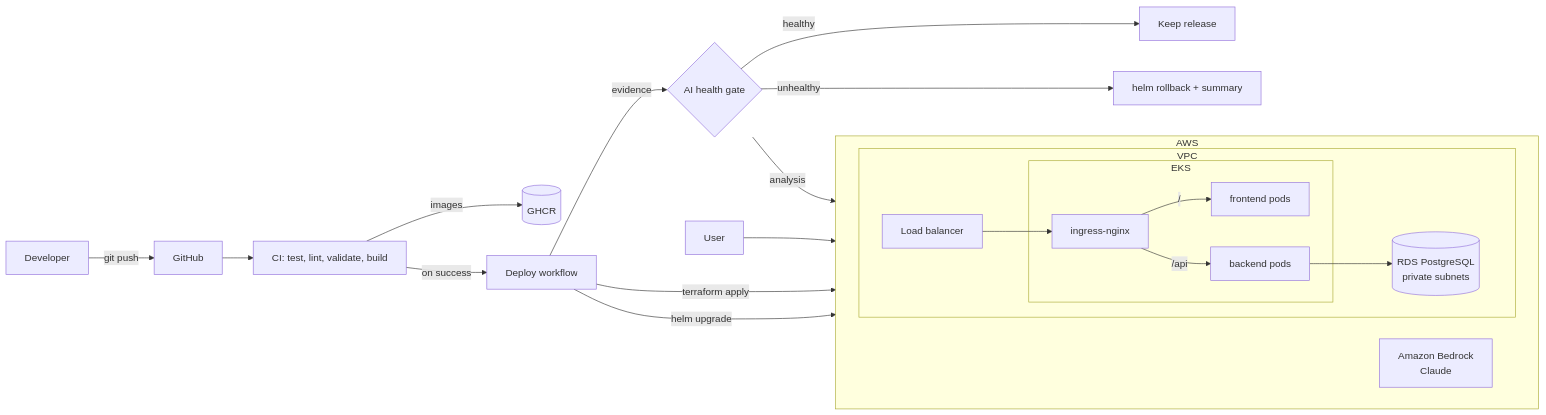
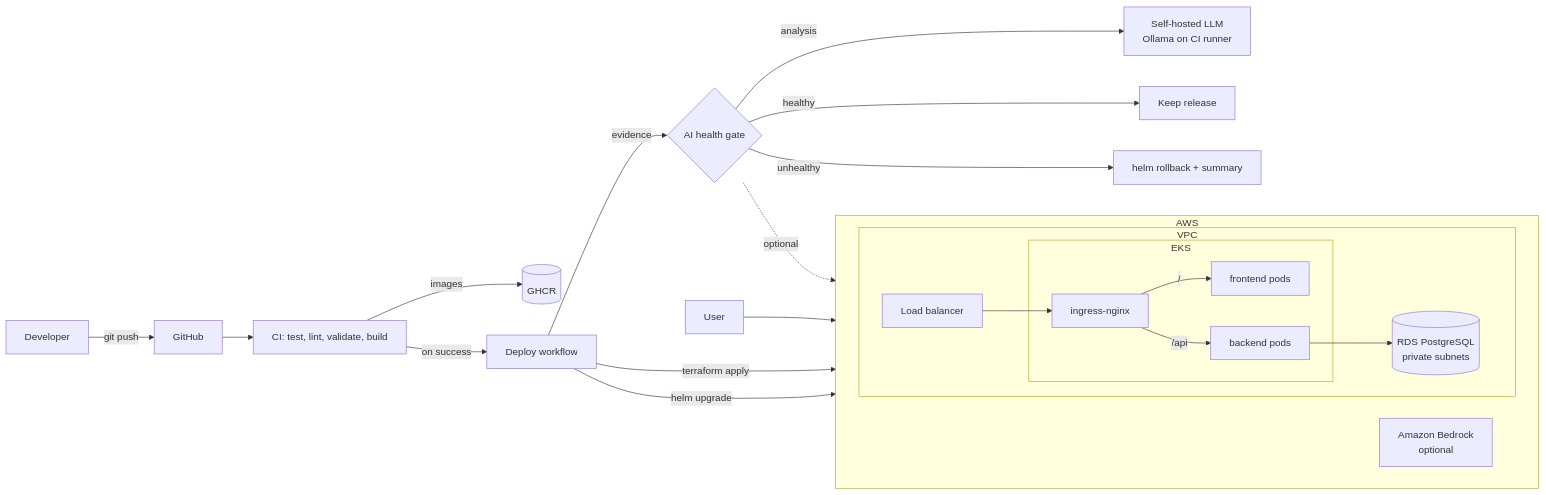
One commit to sharathKumar-1123/idea-board changed the diagram in README.md. Above: the diagram before and after it, drawn with Mermaid. The commit also changed other lines of this file and 3 other files, not shown here.

Commit message:
AI gate: send the LLM a condensed, de-noised view of the evidence; README for self-hosted model

````diff
--- a/README.md
+++ b/README.md
@@ -14,28 +14,29 @@
 ```mermaid
 flowchart LR
     dev[Developer] -->|git push| gh[GitHub]
     gh --> ci[CI: test, lint, validate, build]
     ci -->|images| ghcr[(GHCR)]
     ci -->|on success| cd[Deploy workflow]
 
     subgraph AWS
       direction LR
       subgraph VPC
         lb[Load balancer] --> ing[ingress-nginx]
         subgraph EKS
           ing -->|/| fe[frontend pods]
           ing -->|/api| be[backend pods]
         end
         be --> rds[(RDS PostgreSQL<br/>private subnets)]
       end
-      bedrock[Amazon Bedrock<br/>Claude]
+      bedrock[Amazon Bedrock<br/>optional]
     end
 
     cd -->|terraform apply| VPC
     cd -->|helm upgrade| EKS
     cd -->|evidence| gate{AI health gate}
-    gate -->|analysis| bedrock
+    gate -->|analysis| llm[Self-hosted LLM<br/>Ollama on CI runner]
+    gate -.->|optional| bedrock
     gate -->|healthy| keep[Keep release]
     gate -->|unhealthy| rb[helm rollback + summary]
     user[User] --> lb
 ```
````
